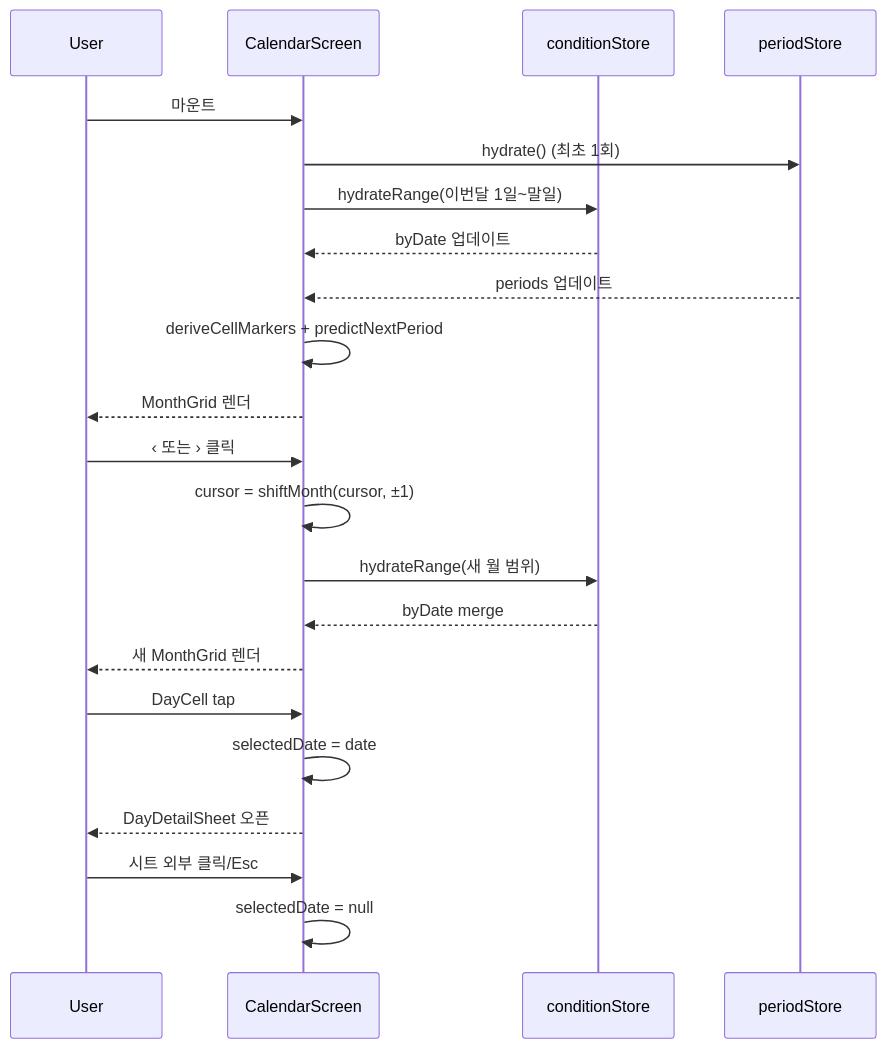
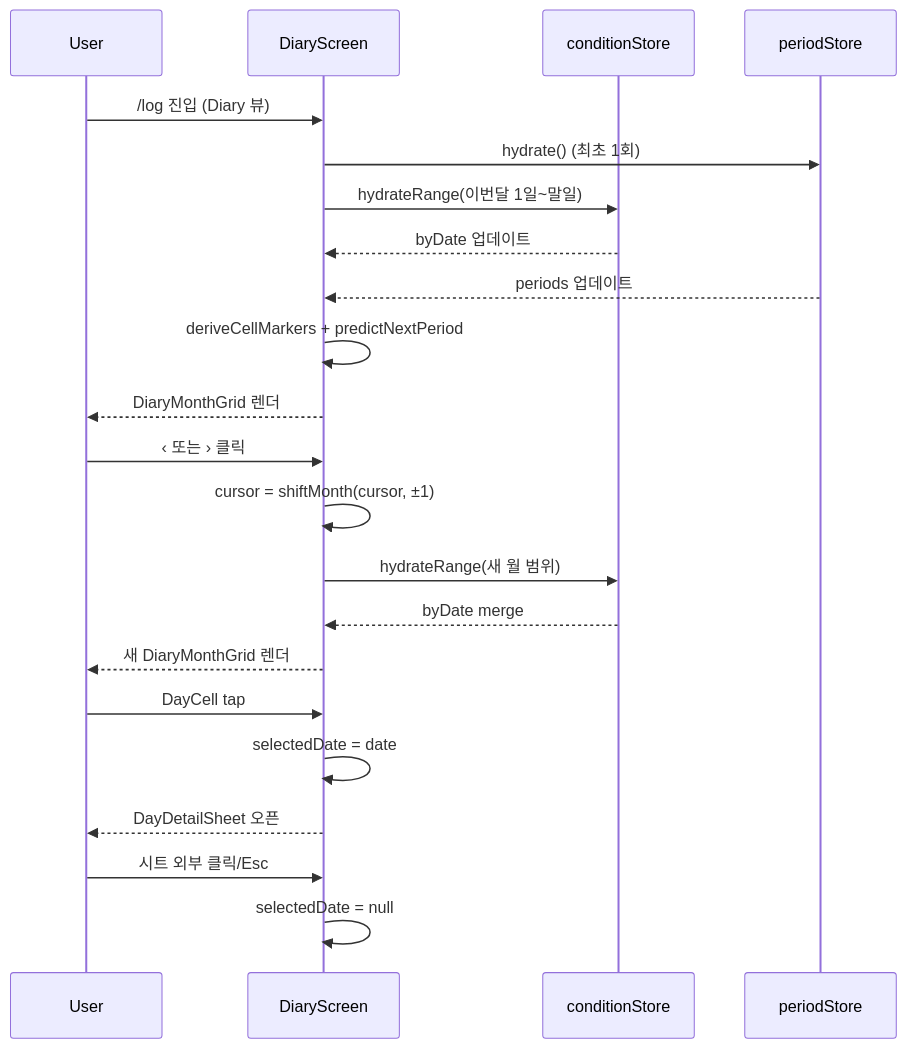
The second of 3 diagrams in docs/flows/calendar.md (soojjung/dwee-wellness-tracker), drawn with Mermaid before and after one commit. The commit also changed other lines of this file and 21 other files, not shown here.

First line of the commit message:
feat(log): calendar detail popup + edit-direct + cycle badge fix (#35)

````diff
--- a/docs/flows/calendar.md
+++ b/docs/flows/calendar.md
@@ -26,27 +30,27 @@
 ```mermaid
 sequenceDiagram
   participant U as User
-  participant C as CalendarScreen
+  participant D as DiaryScreen
   participant CS as conditionStore
   participant PS as periodStore
 
-  U->>C: 마운트
-  C->>PS: hydrate() (최초 1회)
-  C->>CS: hydrateRange(이번달 1일~말일)
-  CS-->>C: byDate 업데이트
-  PS-->>C: periods 업데이트
-  C->>C: deriveCellMarkers + predictNextPeriod
-  C-->>U: MonthGrid 렌더
+  U->>D: /log 진입 (Diary 뷰)
+  D->>PS: hydrate() (최초 1회)
+  D->>CS: hydrateRange(이번달 1일~말일)
+  CS-->>D: byDate 업데이트
+  PS-->>D: periods 업데이트
+  D->>D: deriveCellMarkers + predictNextPeriod
+  D-->>U: DiaryMonthGrid 렌더
 
-  U->>C: ‹ 또는 › 클릭
-  C->>C: cursor = shiftMonth(cursor, ±1)
-  C->>CS: hydrateRange(새 월 범위)
-  CS-->>C: byDate merge
-  C-->>U: 새 MonthGrid 렌더
+  U->>D: ‹ 또는 › 클릭
+  D->>D: cursor = shiftMonth(cursor, ±1)
+  D->>CS: hydrateRange(새 월 범위)
+  CS-->>D: byDate merge
+  D-->>U: 새 DiaryMonthGrid 렌더
 
-  U->>C: DayCell tap
-  C->>C: selectedDate = date
-  C-->>U: DayDetailSheet 오픈
-  U->>C: 시트 외부 클릭/Esc
-  C->>C: selectedDate = null
+  U->>D: DayCell tap
+  D->>D: selectedDate = date
+  D-->>U: DayDetailSheet 오픈
+  U->>D: 시트 외부 클릭/Esc
+  D->>D: selectedDate = null
 ```
````
